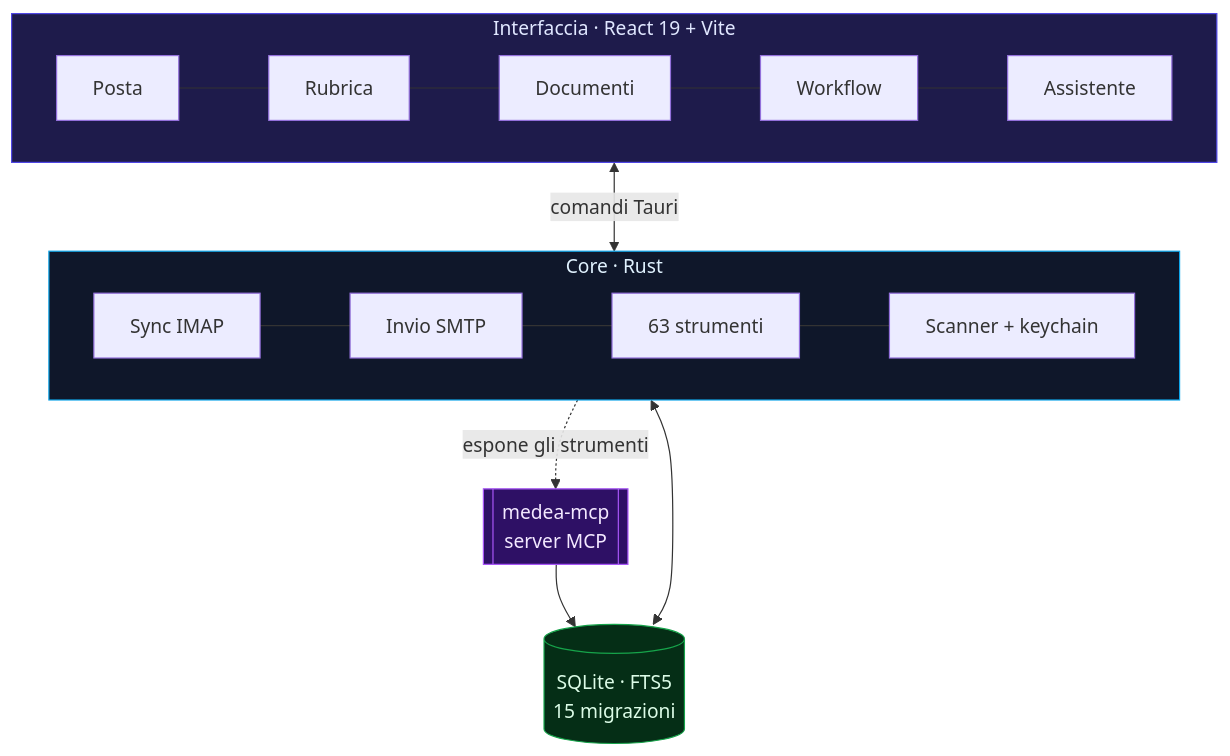
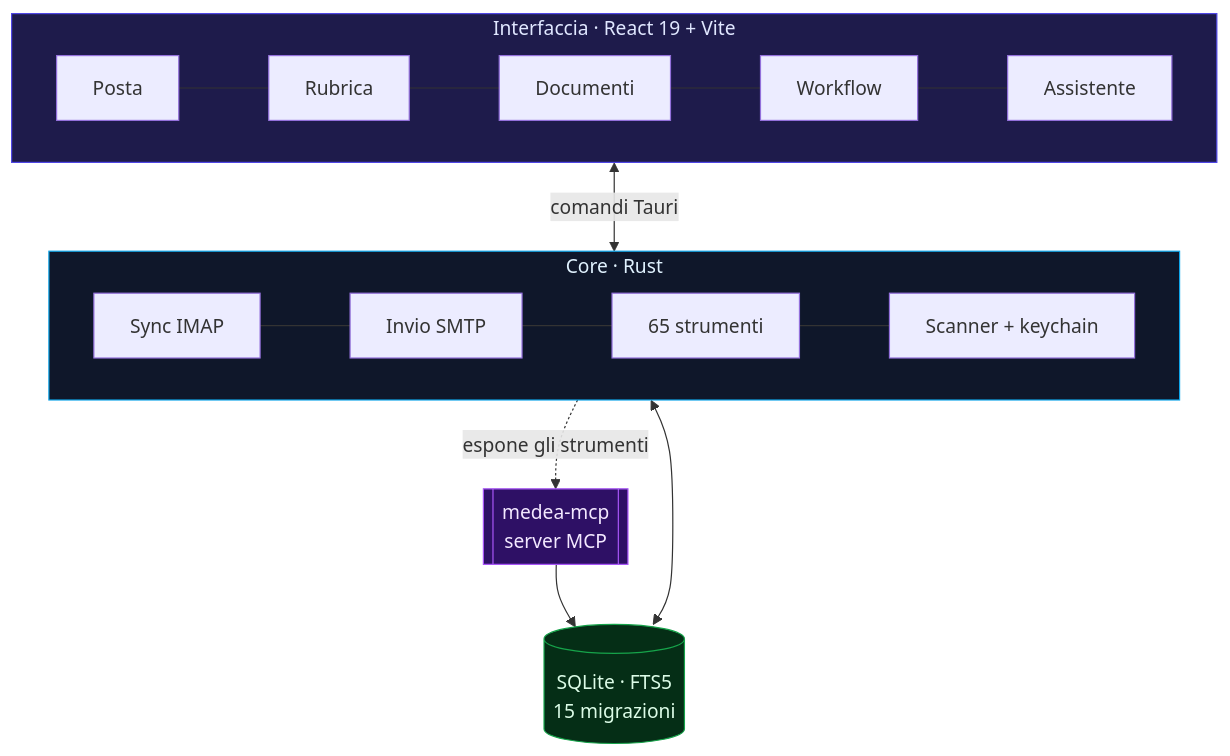
One commit to adoslabsproject-gif/medea changed the second of 2 diagrams in README.md. Above: the diagram before and after it, drawn with Mermaid. The commit also changed other lines of this file and 17 other files, not shown here.

````diff
--- a/README.md
+++ b/README.md
@@ -263,25 +263,25 @@
 ```mermaid
 flowchart TB
     subgraph UI["Interfaccia · React 19 + Vite"]
         direction LR
         MAIL[Posta] --- RUB[Rubrica] --- DOC[Documenti] --- WF[Workflow] --- AI[Assistente]
     end
 
     subgraph CORE["Core · Rust"]
         direction LR
-        SYNC[Sync IMAP] --- SMTP[Invio SMTP] --- TOOLS[63 strumenti] --- SEC[Scanner + keychain]
+        SYNC[Sync IMAP] --- SMTP[Invio SMTP] --- TOOLS[65 strumenti] --- SEC[Scanner + keychain]
     end
 
     DB[(SQLite · FTS5<br/>15 migrazioni)]
     MCP[[medea-mcp<br/>server MCP]]
 
     UI <-->|comandi Tauri| CORE
     CORE <--> DB
     MCP --> DB
     CORE -.->|espone gli strumenti| MCP
 
     style UI fill:#1e1b4b,stroke:#4f46e5,color:#e0e7ff
     style CORE fill:#0f172a,stroke:#0ea5e9,color:#e0f2fe
     style DB fill:#052e16,stroke:#16a34a,color:#dcfce7
     style MCP fill:#2e1065,stroke:#a855f7,color:#f3e8ff
 ```
````
